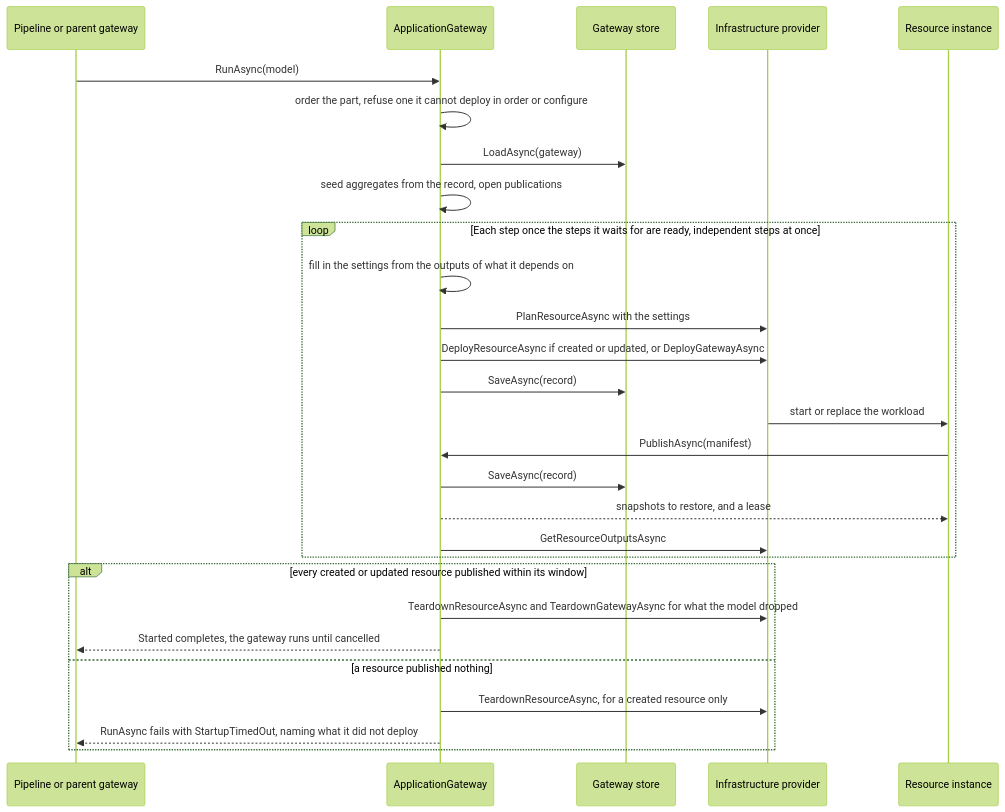
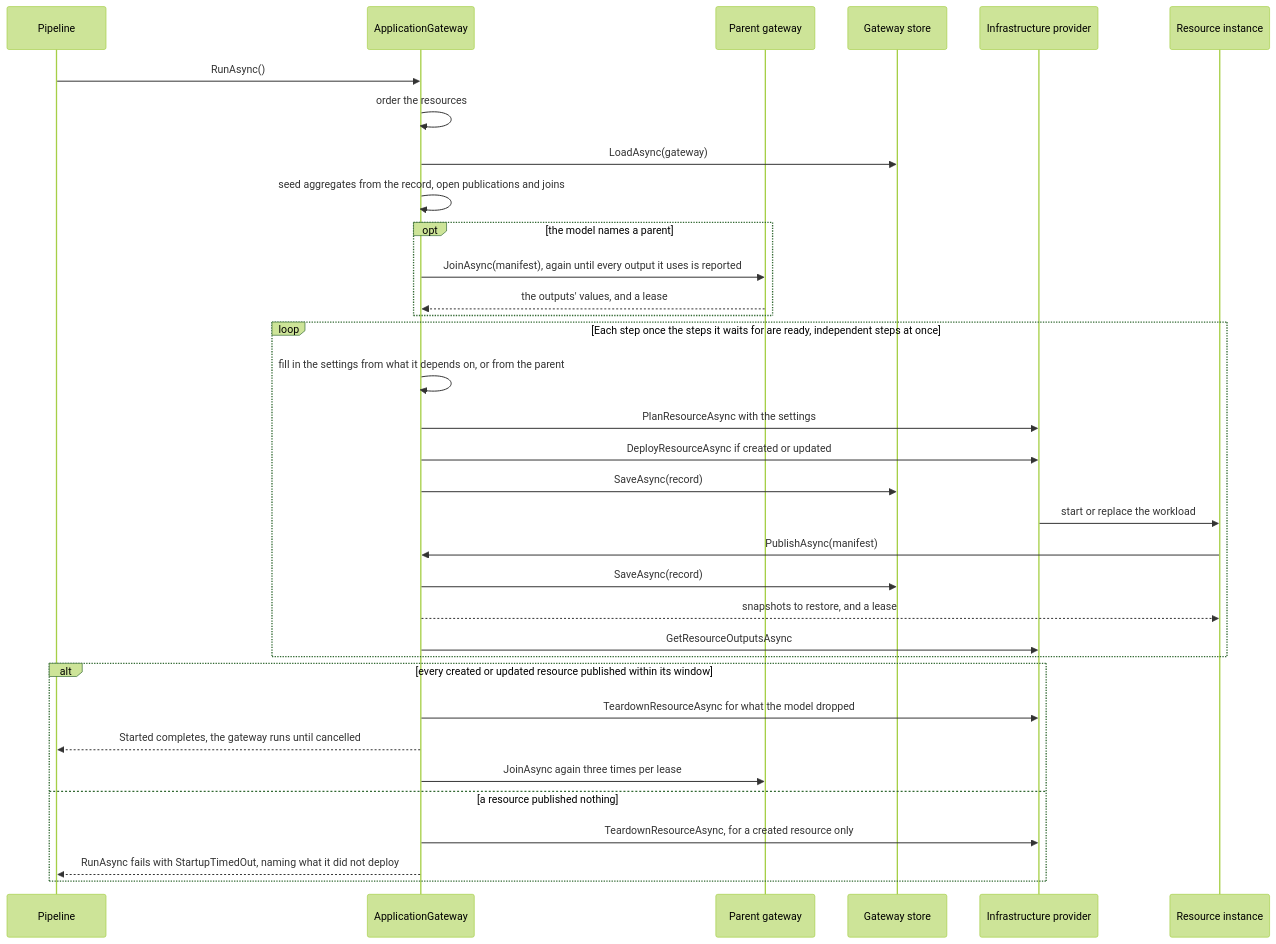
One commit to assimalign/cohesion changed the second of 3 diagrams in libraries/ApplicationModel/Assimalign.Cohesion.ApplicationModel.Gateway/docs/DESIGN.md. Above: the diagram before and after it, drawn with Mermaid (forest theme). The commit also changed other lines of this file and 83 other files, not shown here.

````diff
--- a/libraries/ApplicationModel/Assimalign.Cohesion.ApplicationModel.Gateway/docs/DESIGN.md
+++ b/libraries/ApplicationModel/Assimalign.Cohesion.ApplicationModel.Gateway/docs/DESIGN.md
@@ -48,30 +52,36 @@
 ```mermaid
 sequenceDiagram
-    participant Caller as Pipeline or parent gateway
+    participant Caller as Pipeline
     participant GW as ApplicationGateway
+    participant Parent as Parent gateway
     participant Store as Gateway store
     participant Infra as Infrastructure provider
     participant Inst as Resource instance
-    Caller->>GW: RunAsync(model)
-    GW->>GW: order the part, refuse one it cannot deploy in order or configure
+    Caller->>GW: RunAsync()
+    GW->>GW: order the resources
     GW->>Store: LoadAsync(gateway)
-    GW->>GW: seed aggregates from the record, open publications
+    GW->>GW: seed aggregates from the record, open publications and joins
+    opt the model names a parent
+        GW->>Parent: JoinAsync(manifest), again until every output it uses is reported
+        Parent-->>GW: the outputs' values, and a lease
+    end
     loop Each step once the steps it waits for are ready, independent steps at once
-        GW->>GW: fill in the settings from the outputs of what it depends on
+        GW->>GW: fill in the settings from what it depends on, or from the parent
         GW->>Infra: PlanResourceAsync with the settings
-        GW->>Infra: DeployResourceAsync if created or updated, or DeployGatewayAsync
+        GW->>Infra: DeployResourceAsync if created or updated
         GW->>Store: SaveAsync(record)
         Infra->>Inst: start or replace the workload
         Inst->>GW: PublishAsync(manifest)
         GW->>Store: SaveAsync(record)
         GW-->>Inst: snapshots to restore, and a lease
         GW->>Infra: GetResourceOutputsAsync
     end
     alt every created or updated resource published within its window
-        GW->>Infra: TeardownResourceAsync and TeardownGatewayAsync for what the model dropped
+        GW->>Infra: TeardownResourceAsync for what the model dropped
         GW-->>Caller: Started completes, the gateway runs until cancelled
+        GW->>Parent: JoinAsync again three times per lease
     else a resource published nothing
         GW->>Infra: TeardownResourceAsync, for a created resource only
         GW-->>Caller: RunAsync fails with StartupTimedOut, naming what it did not deploy
     end
 ```
````
